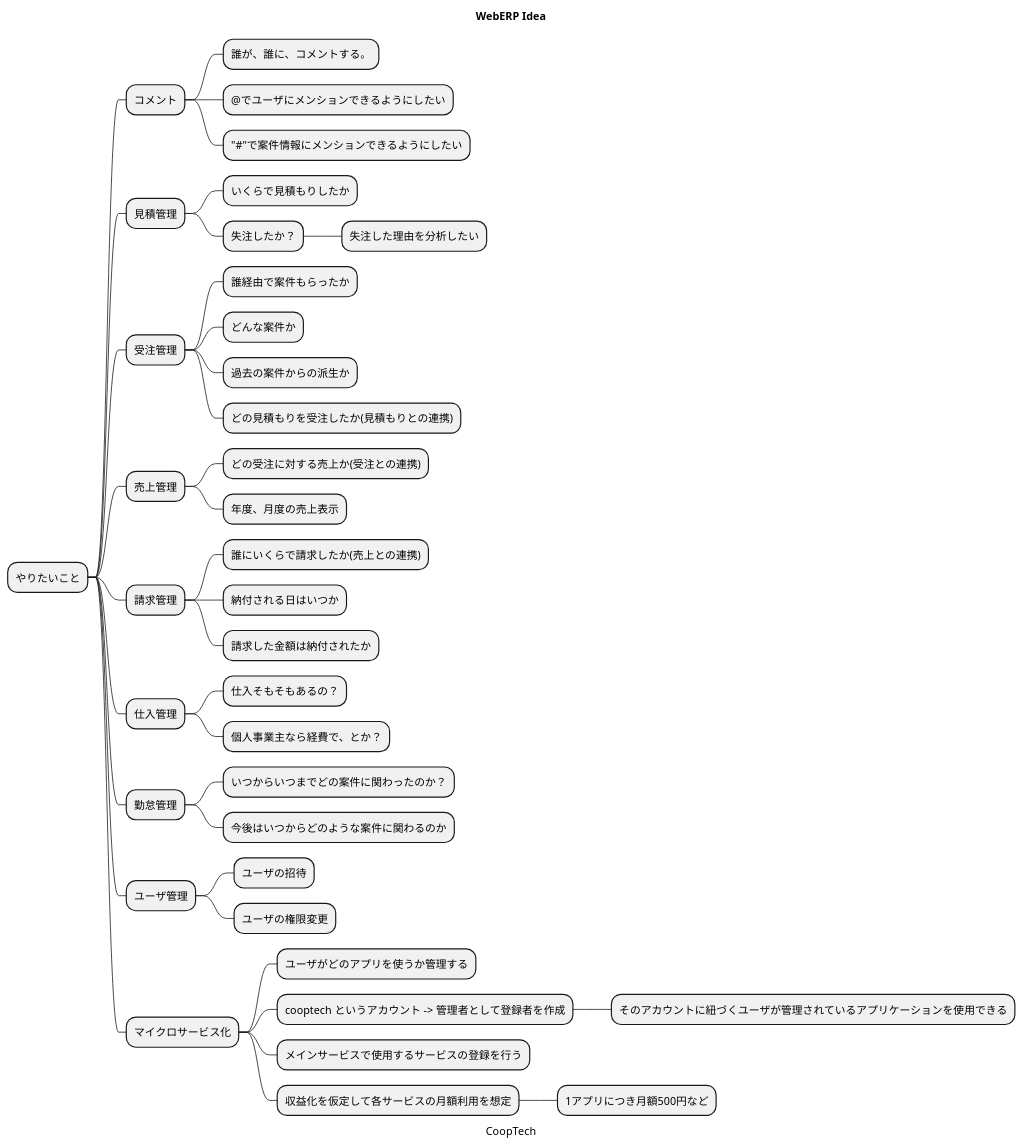
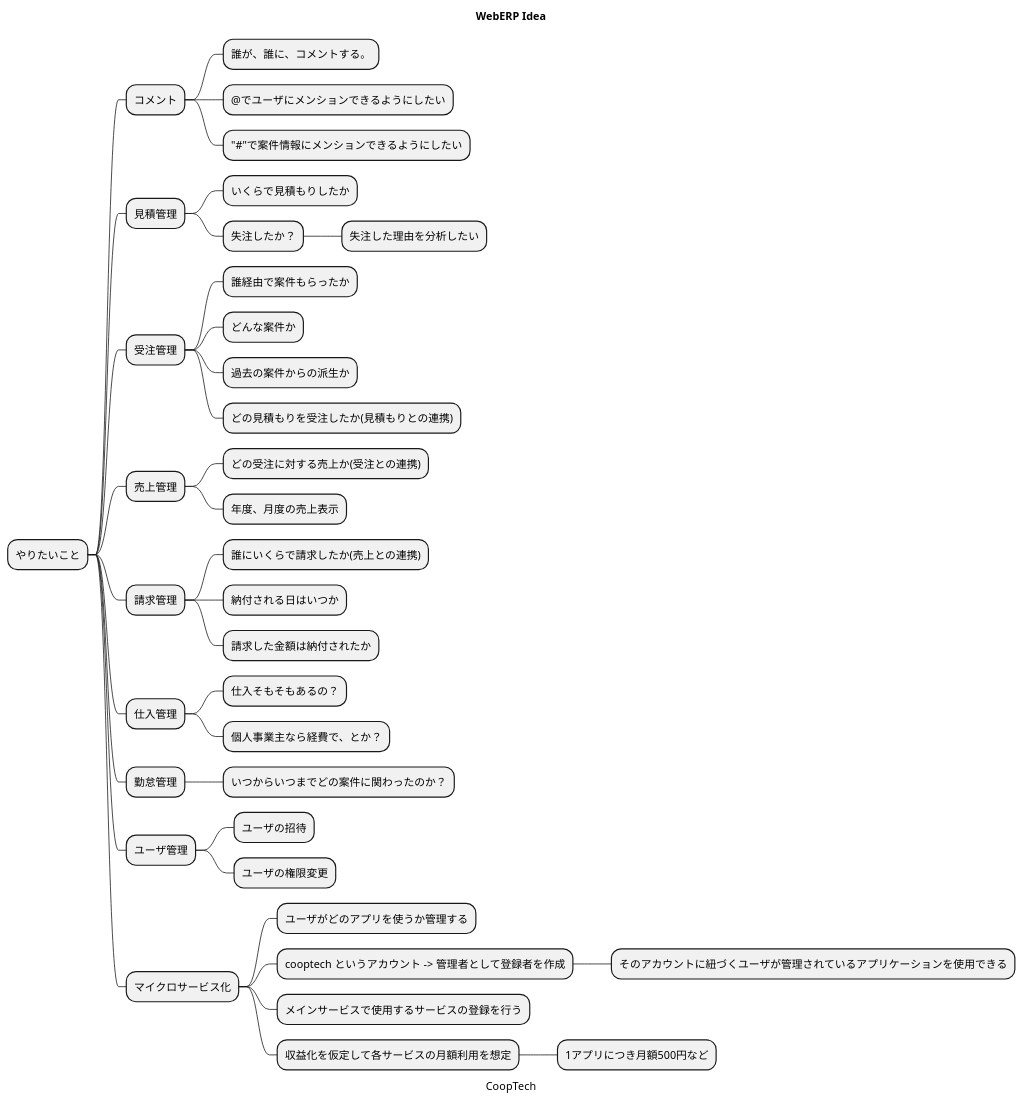
The diagram in docs/MindMap.puml (CoopTechOrg/WebERP), drawn with PlantUML before and after one commit.

Commit message:
不要な要件項目を削除

```diff
--- a/docs/MindMap.puml
+++ b/docs/MindMap.puml
@@ -1,53 +1,52 @@
 @startmindmap
 'https://plantuml.com/mindmap-diagram
 
 caption CoopTech
 title WebERP Idea
 
 * やりたいこと
 ** コメント
 *** 誰が、誰に、コメントする。
 *** @でユーザにメンションできるようにしたい
 *** "#"で案件情報にメンションできるようにしたい
 
 ** 見積管理
 *** いくらで見積もりしたか
 *** 失注したか？
 **** 失注した理由を分析したい
 
 ** 受注管理
 *** 誰経由で案件もらったか
 *** どんな案件か
 *** 過去の案件からの派生か
 *** どの見積もりを受注したか(見積もりとの連携)
 
 ** 売上管理
 *** どの受注に対する売上か(受注との連携)
 *** 年度、月度の売上表示
 
 ** 請求管理
 *** 誰にいくらで請求したか(売上との連携)
 *** 納付される日はいつか
 *** 請求した金額は納付されたか
 
 ** 仕入管理
 *** 仕入そもそもあるの？
 *** 個人事業主なら経費で、とか？
 
 ** 勤怠管理
 *** いつからいつまでどの案件に関わったのか？
-*** 今後はいつからどのような案件に関わるのか
 
 ** ユーザ管理
 *** ユーザの招待
 *** ユーザの権限変更
 
 ** マイクロサービス化
 *** ユーザがどのアプリを使うか管理する
 *** cooptech というアカウント -> 管理者として登録者を作成
 **** そのアカウントに紐づくユーザが管理されているアプリケーションを使用できる
 *** メインサービスで使用するサービスの登録を行う
 *** 収益化を仮定して各サービスの月額利用を想定
 **** 1アプリにつき月額500円など
 
 @endmindmap
```
